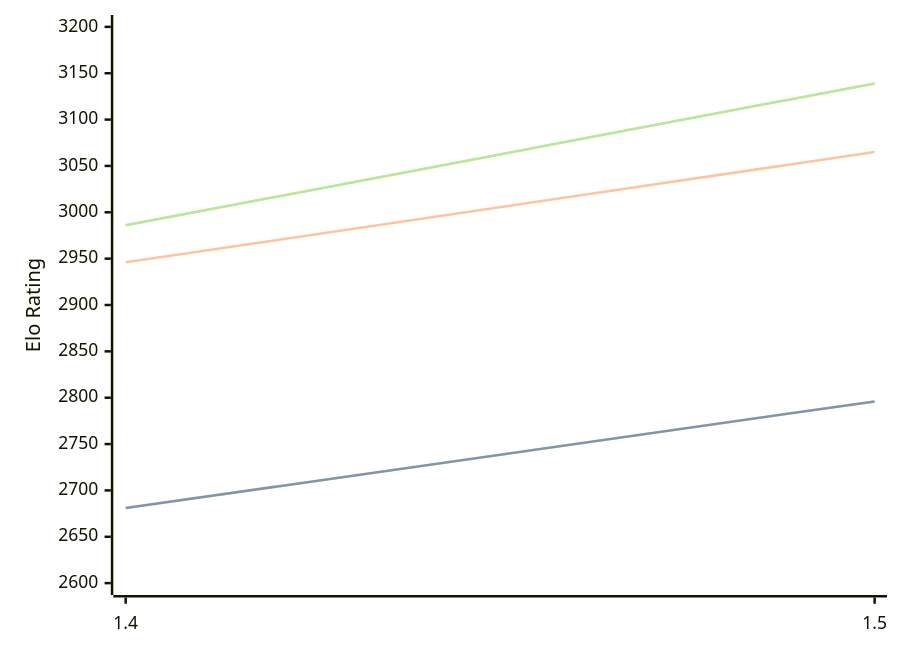
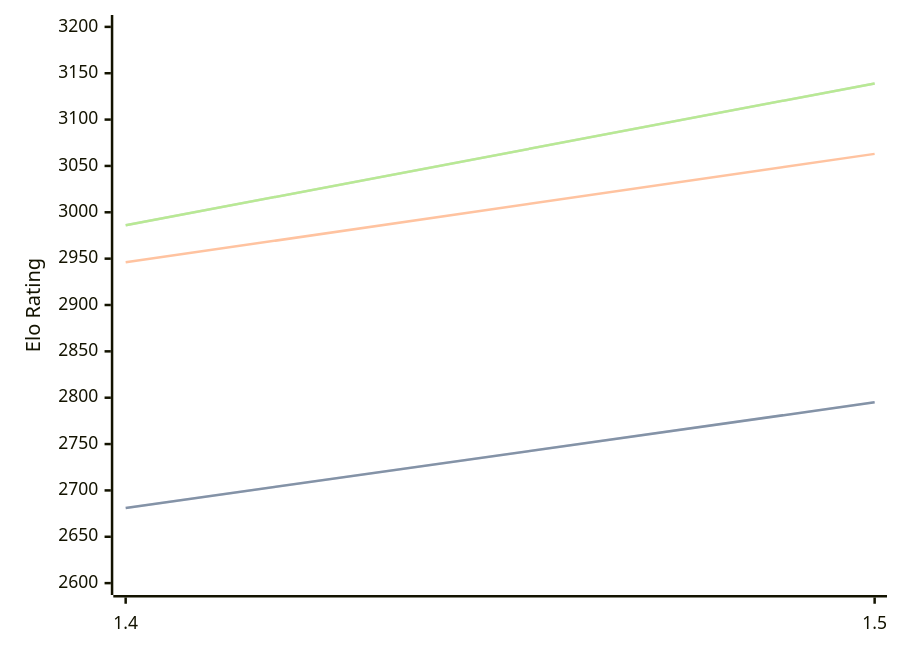
The diagram in engines/Yakka.md (computer-chess-index/cci), drawn with Mermaid before and after one commit. The commit also changed other lines of this file, not shown here.

Commit message:
Update CCI Ratings (ELO VLTC) - 2026-04-08

````diff
--- a/engines/Yakka.md
+++ b/engines/Yakka.md
@@ -36,11 +36,11 @@
 ```mermaid
 %%{init: {"theme":"base","themeVariables":{"seriesColors:['#a3a3a3','#222221','#faa371']}}}%%
 xychart-beta
   x-axis ["1.4", "1.5"]
   y-axis "Elo Rating" 2600 --> 3200
-  line "STC (8.0+0.08s)" [2681, 2796]
-  line "STC (8.0+0.08s)" [2681, 2796]
-  line "LTC (60.0+0.60s)" [2946, 3065]
+  line "STC (8.0+0.08s)" [2681, 2795]
+  line "STC (8.0+0.08s)" [2681, 2795]
+  line "LTC (60.0+0.60s)" [2946, 3063]
   line "VLTC (2m24s+1.12s)" [2986, 3139]
   line "VLTC (2m24s+1.12s)" [2986, 3139]
 ```
````
